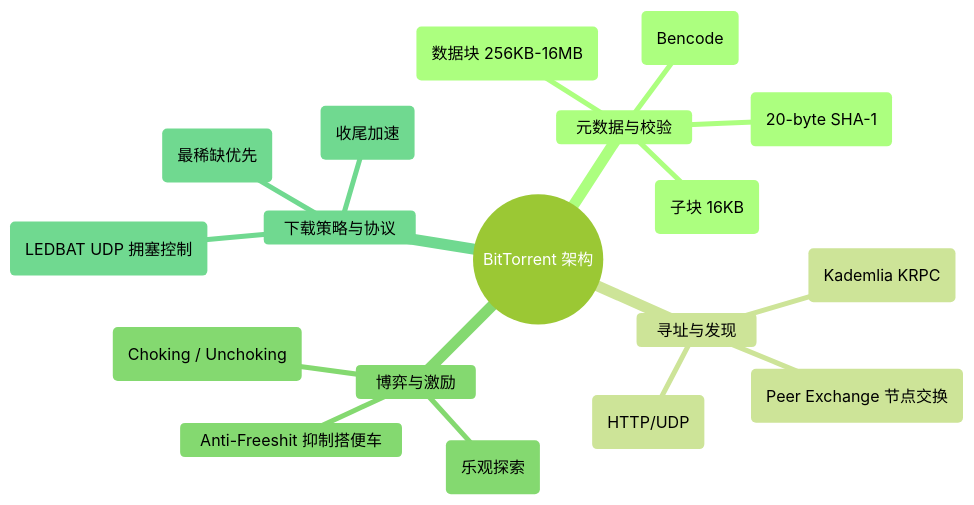
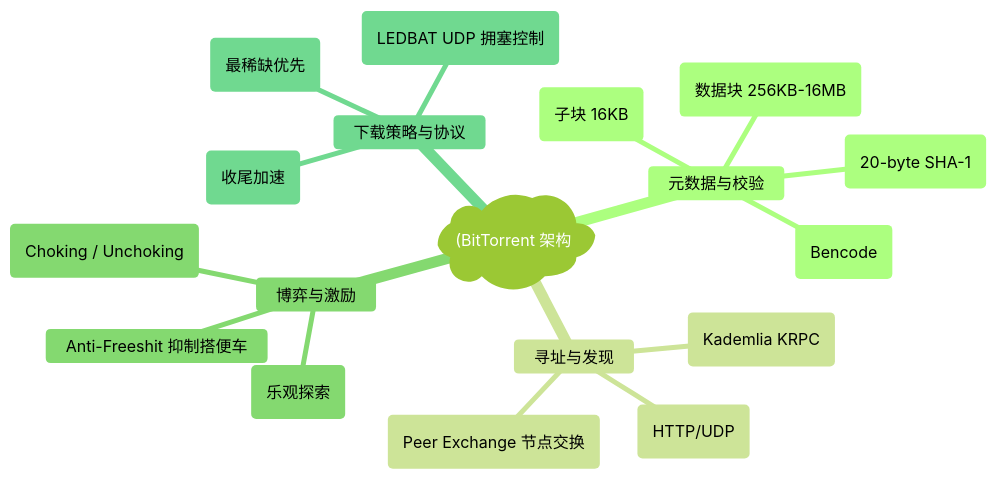
The first of 5 diagrams in docs/atlas/bittorrent.mdx (koosai/AI-Architect-Learning), drawn with Mermaid (forest theme) before and after one commit. The commit also changed other lines of this file and 187 other files, not shown here.

Commit message:
fix(mermaid): fix all unquoted parens and edge label syntax errors across all docs

````diff
--- a/docs/atlas/bittorrent.mdx
+++ b/docs/atlas/bittorrent.mdx
@@ -59,21 +59,21 @@
 ```mermaid
 mindmap
-  root((BitTorrent 架构))
+  root("(BitTorrent 架构"))
     元数据与校验
       .torrent Metafile (Bencode)
       InfoHash (20-byte SHA-1)
       Piece (数据块 256KB-16MB)
       Block (子块 16KB)
     寻址与发现
       Tracker Server (HTTP/UDP)
       Mainline DHT (Kademlia KRPC)
       PEX (Peer Exchange 节点交换)
     博弈与激励
       Tit-for-Tat (Choking / Unchoking)
       Optimistic Unchoking (乐观探索)
       Anti-Freeshit 抑制搭便车
     下载策略与协议
       Rarest-Piece First (最稀缺优先)
       End-Game Mode (收尾加速)
       uTP (LEDBAT UDP 拥塞控制)
 ```
````
